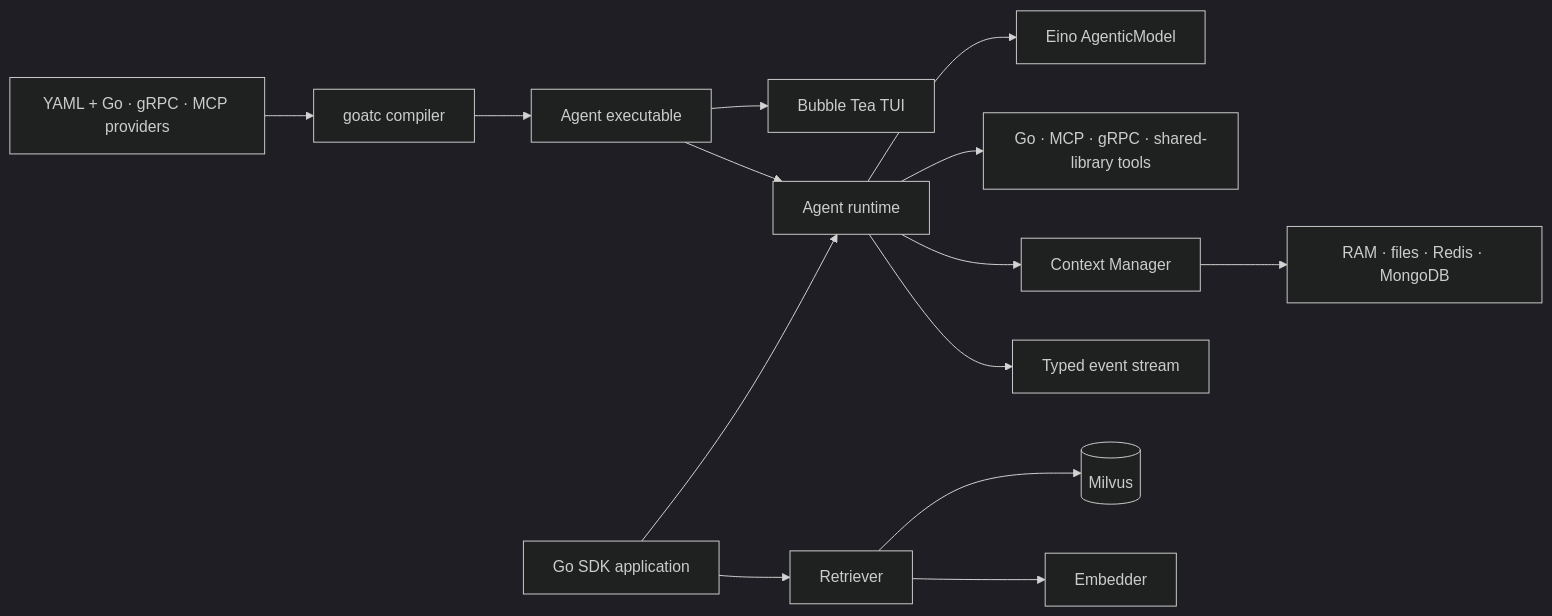
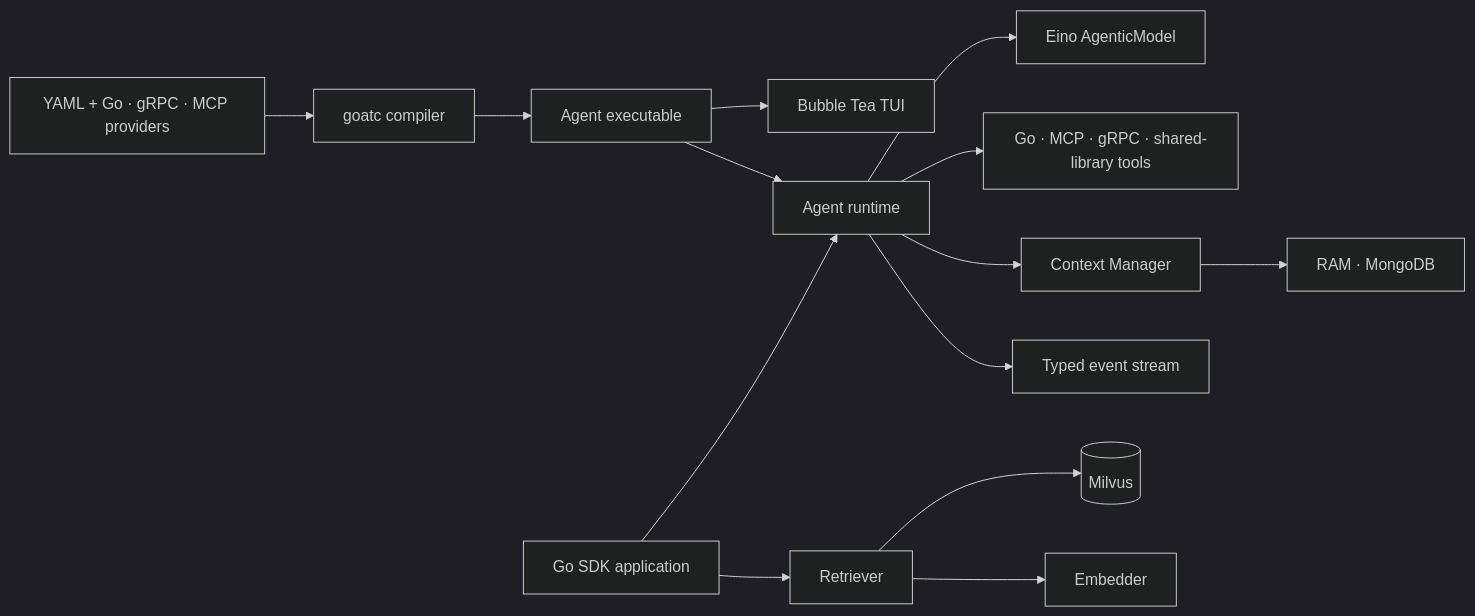
One commit to torrischen/goat changed the diagram in README.md. Above: the diagram before and after it, drawn with Mermaid (dark theme). The commit also changed other lines of this file and 28 other files, not shown here.

````diff
--- a/README.md
+++ b/README.md
@@ -169,16 +168,16 @@
 ```mermaid
 flowchart LR
     Source[YAML + Go · gRPC · MCP providers] --> Goatc[goatc compiler]
     Goatc --> Binary[Agent executable]
     Binary --> TUI[Bubble Tea TUI]
     Binary --> Agent[Agent runtime]
     SDK[Go SDK application] --> Agent
     Agent --> Model[Eino AgenticModel]
     Agent --> Tools[Go · MCP · gRPC · shared-library tools]
     Agent --> Manager[Context Manager]
-    Manager --> Store[RAM · files · Redis · MongoDB]
+    Manager --> Store[RAM · MongoDB]
     Agent --> Events[Typed event stream]
     SDK --> Retriever[Retriever]
     Retriever --> Milvus[(Milvus)]
     Retriever --> Embedder[Embedder]
 ```
````
